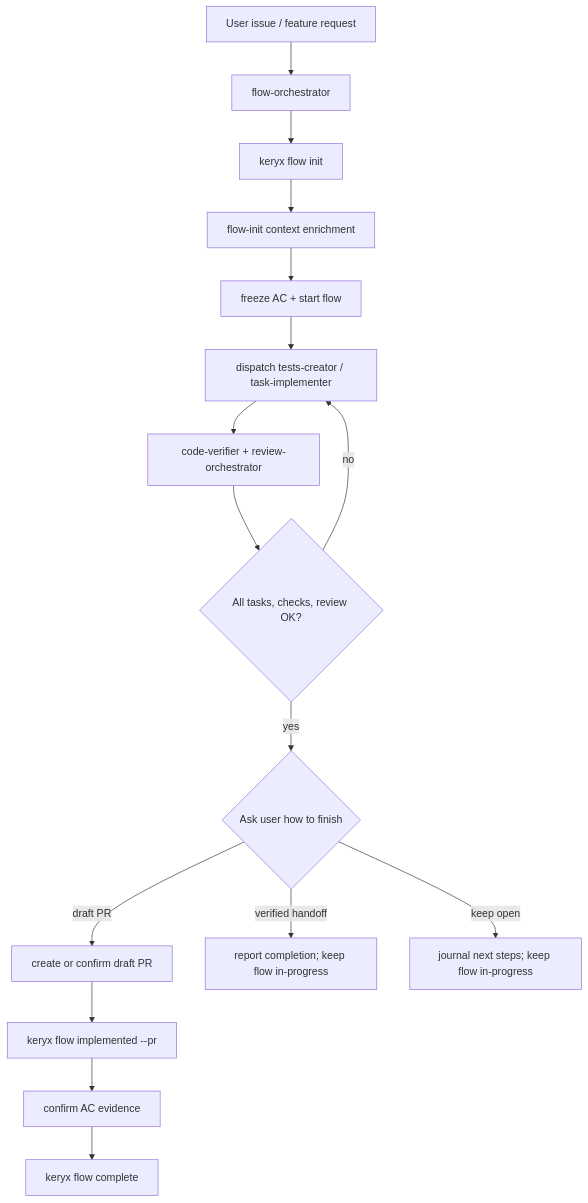
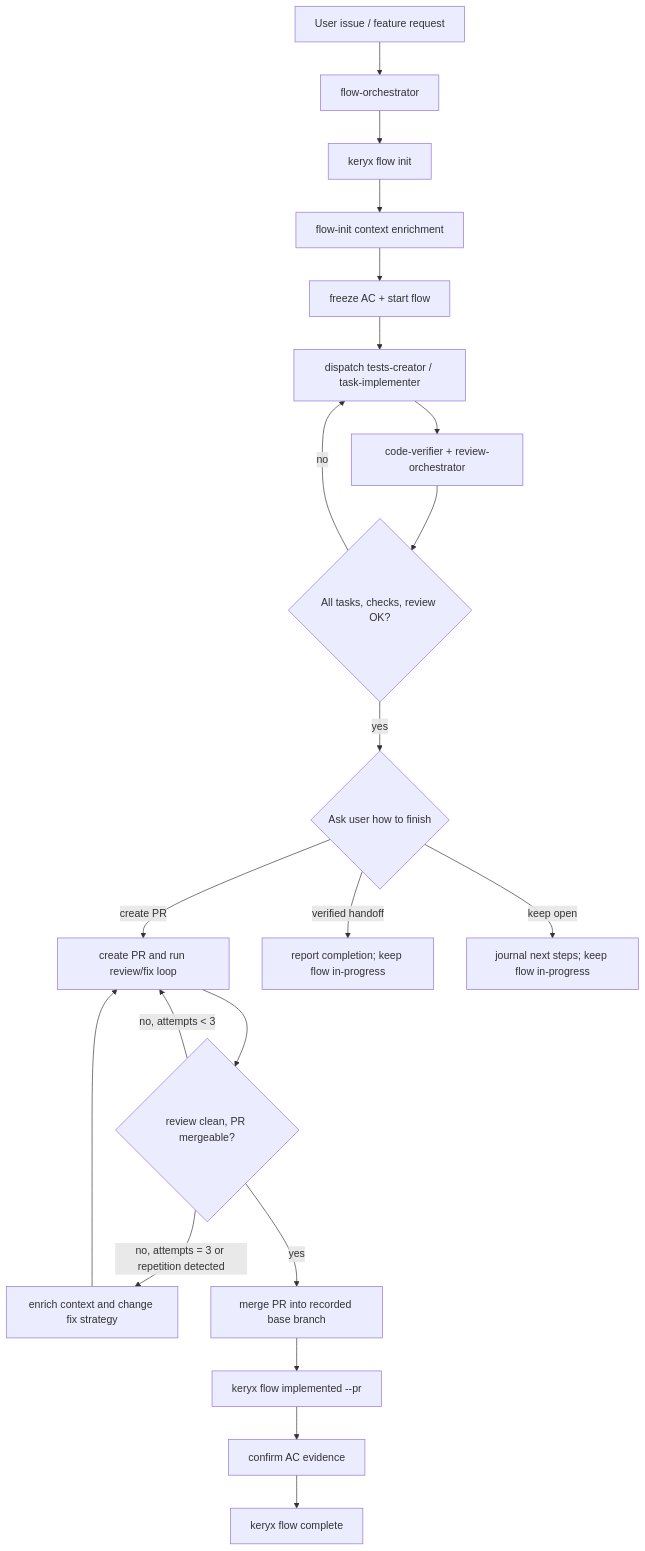
Before and after one commit to MrCipherSmith/helyx: the diagram in .metaproject/skills/gdskills/orchestration/flow-orchestrator/SKILL.md, drawn with Mermaid. The commit also changed other lines of this file and 239 other files, not shown here.

````diff
--- a/.metaproject/skills/gdskills/orchestration/flow-orchestrator/SKILL.md
+++ b/.metaproject/skills/gdskills/orchestration/flow-orchestrator/SKILL.md
@@ -73,18 +75,23 @@
 ```mermaid
 flowchart TD
   A["User issue / feature request"] --> B["flow-orchestrator"]
   B --> C["keryx flow init"]
   C --> D["flow-init context enrichment"]
   D --> E["freeze AC + start flow"]
   E --> F["dispatch tests-creator / task-implementer"]
   F --> G["code-verifier + review-orchestrator"]
   G --> H{"All tasks, checks, review OK?"}
   H -- "no" --> F
   H -- "yes" --> I{"Ask user how to finish"}
-  I -- "draft PR" --> J["create or confirm draft PR"]
-  J --> K["keryx flow implemented --pr"]
-  K --> L["confirm AC evidence"]
-  L --> M["keryx flow complete"]
-  I -- "verified handoff" --> N["report completion; keep flow in-progress"]
-  I -- "keep open" --> O["journal next steps; keep flow in-progress"]
+  I -- "create PR" --> J["create PR and run review/fix loop"]
+  J --> K{"review clean, PR mergeable?"}
+  K -- "no, attempts < 3" --> J
+  K -- "no, attempts = 3 or repetition detected" --> R["enrich context and change fix strategy"]
+  R --> J
+  K -- "yes" --> L["merge PR into recorded base branch"]
+  L --> M["keryx flow implemented --pr"]
+  M --> N["confirm AC evidence"]
+  N --> O["keryx flow complete"]
+  I -- "verified handoff" --> P["report completion; keep flow in-progress"]
+  I -- "keep open" --> Q["journal next steps; keep flow in-progress"]
 ```
````
